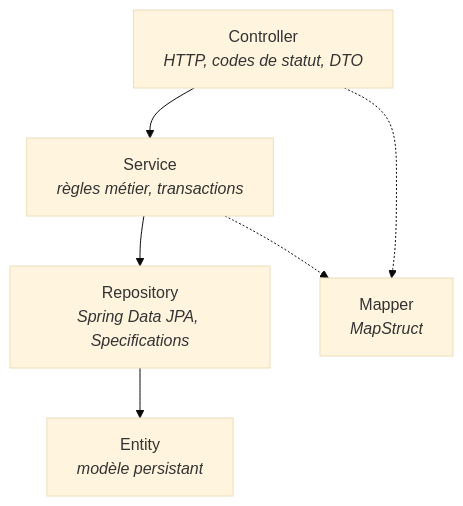
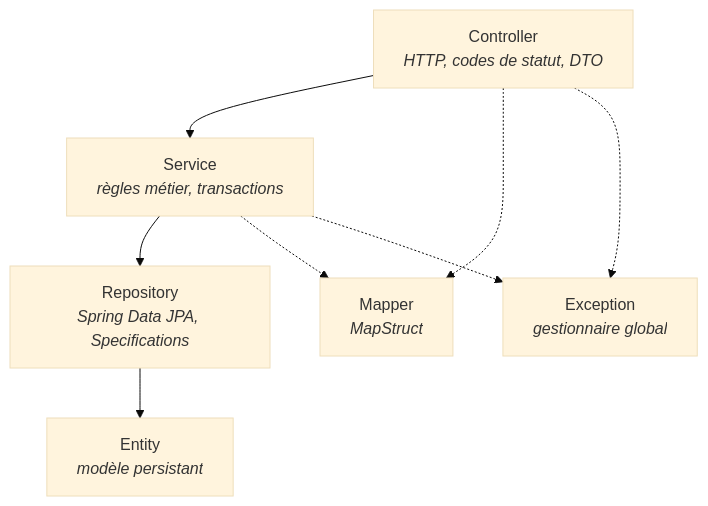
One commit to Japha-Fomen/biblio1-api changed the diagram in README.md. Above: the diagram before and after it, drawn with Mermaid (base theme). The commit also changed other lines of this file, not shown here.

````diff
--- a/README.md
+++ b/README.md
@@ -66,12 +75,15 @@
 ```mermaid
 flowchart TD
     C["Controller<br/><i>HTTP, codes de statut, DTO</i>"]
     S["Service<br/><i>règles métier, transactions</i>"]
     R["Repository<br/><i>Spring Data JPA, Specifications</i>"]
     E["Entity<br/><i>modèle persistant</i>"]
     M["Mapper<br/><i>MapStruct</i>"]
+    X["Exception<br/><i>gestionnaire global</i>"]
 
     C --> S --> R --> E
     C -.-> M
     S -.-> M
+    C -.-> X
+    S -.-> X
 ```
````
